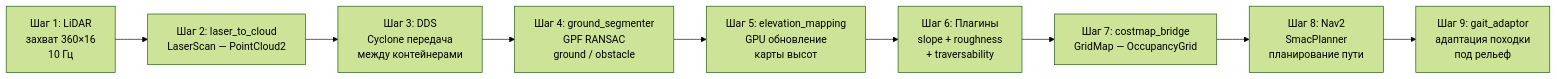
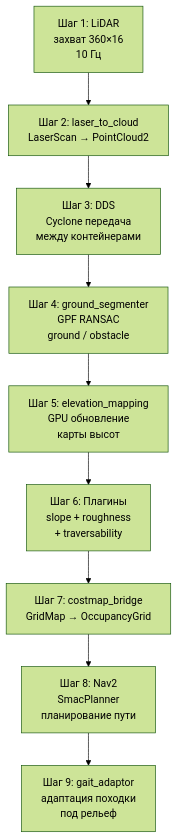
Before and after one commit to RedAlexDad/WalkingRobotSim: the second of 2 diagrams in docs/NIRS/ch3_02_architecture.md, drawn with Mermaid (forest theme).

Commit message:
fix: перевести диаграмму потока данных на вертикальную компоновку

````diff
--- a/docs/NIRS/ch3_02_architecture.md
+++ b/docs/NIRS/ch3_02_architecture.md
@@ -101,11 +101,14 @@
 ```mermaid
-flowchart LR
-    A["Шаг 1: LiDAR<br/>захват 360×16<br/>10 Гц"] --> B["Шаг 2: laser_to_cloud<br/>LaserScan  —  PointCloud2"]
-    B --> C["Шаг 3: DDS<br/>Cyclone передача<br/>между контейнерами"]
-    C --> D["Шаг 4: ground_segmenter<br/>GPF RANSAC<br/>ground / obstacle"]
-    D --> E["Шаг 5: elevation_mapping<br/>GPU обновление<br/>карты высот"]
-    E --> F["Шаг 6: Плагины<br/>slope + roughness<br/>+ traversability"]
-    F --> G["Шаг 7: costmap_bridge<br/>GridMap  —  OccupancyGrid"]
-    G --> H["Шаг 8: Nav2<br/>SmacPlanner<br/>планирование пути"]
-    H --> I["Шаг 9: gait_adaptor<br/>адаптация походки<br/>под рельеф"]
+flowchart TB
+    A["Шаг 1: LiDAR<br/>захват 360×16<br/>10 Гц"]
+    B["Шаг 2: laser_to_cloud<br/>LaserScan → PointCloud2"]
+    C["Шаг 3: DDS<br/>Cyclone передача<br/>между контейнерами"]
+    D["Шаг 4: ground_segmenter<br/>GPF RANSAC<br/>ground / obstacle"]
+    E["Шаг 5: elevation_mapping<br/>GPU обновление<br/>карты высот"]
+    F["Шаг 6: Плагины<br/>slope + roughness<br/>+ traversability"]
+    G["Шаг 7: costmap_bridge<br/>GridMap → OccupancyGrid"]
+    H["Шаг 8: Nav2<br/>SmacPlanner<br/>планирование пути"]
+    I["Шаг 9: gait_adaptor<br/>адаптация походки<br/>под рельеф"]
+
+    A --> B --> C --> D --> E --> F --> G --> H --> I
 ```
````
